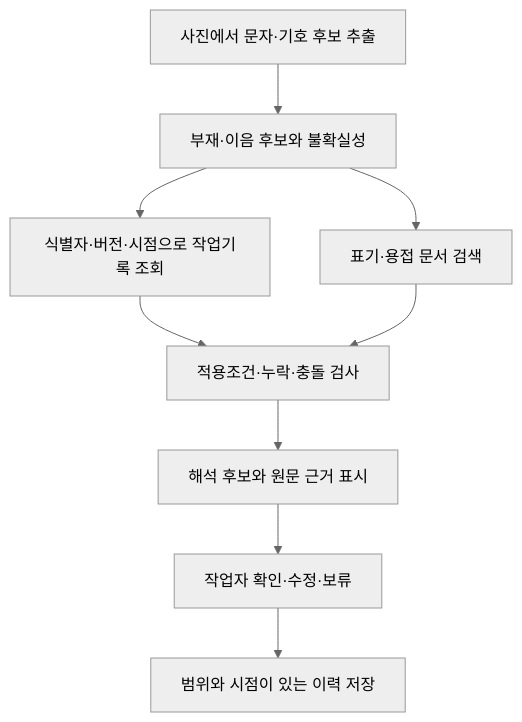
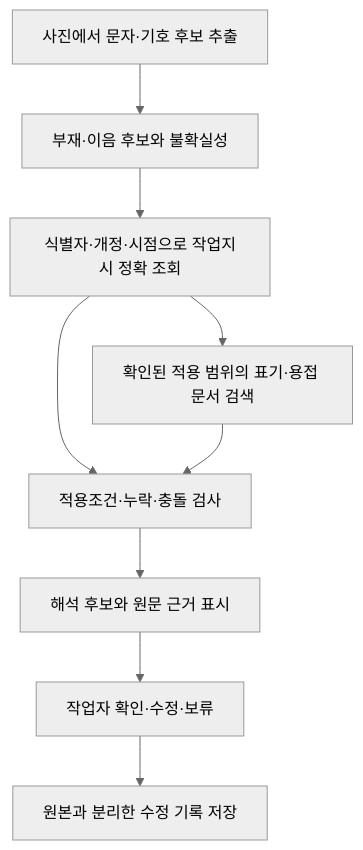
The diagram in docs/DEVELOPMENT_PLAN.md (ukkhnn/PAC2026), drawn with Mermaid (neutral theme) before and after one commit. The commit also changed other lines of this file and 20 other files, not shown here.

````diff
--- a/docs/DEVELOPMENT_PLAN.md
+++ b/docs/DEVELOPMENT_PLAN.md
@@ -74,11 +74,11 @@
 ```mermaid
 flowchart TD
     A[사진에서 문자·기호 후보 추출] --> B[부재·이음 후보와 불확실성]
-    B --> C[식별자·버전·시점으로 작업기록 조회]
-    B --> D[표기·용접 문서 검색]
+    B --> C[식별자·개정·시점으로 작업지시 정확 조회]
+    C --> D[확인된 적용 범위의 표기·용접 문서 검색]
     C --> E[적용조건·누락·충돌 검사]
     D --> E
     E --> F[해석 후보와 원문 근거 표시]
     F --> G[작업자 확인·수정·보류]
-    G --> H[범위와 시점이 있는 이력 저장]
+    G --> H[원본과 분리한 수정 기록 저장]
 ```
````
